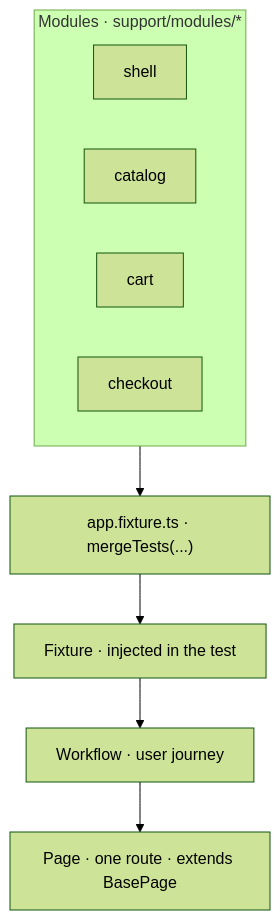
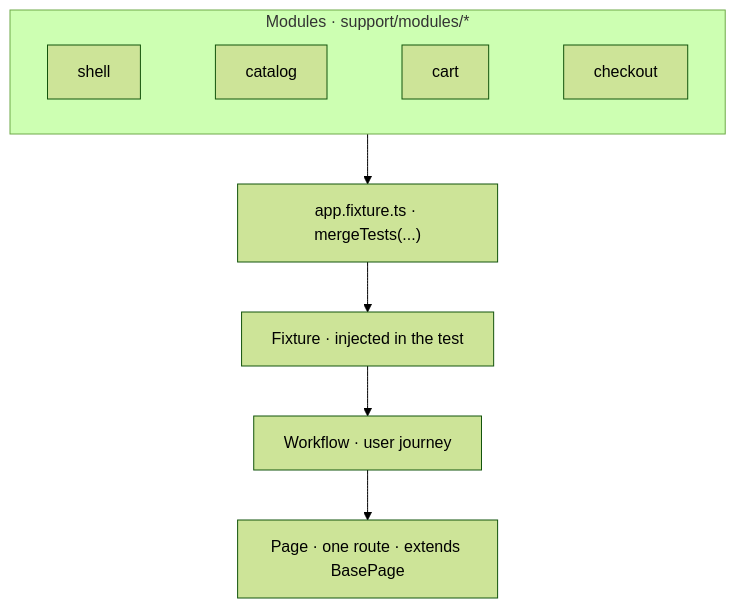
Before and after one commit to getulionm/pw-composition: the third of 5 diagrams in README.md, drawn with Mermaid (forest theme).

Commit message:
Lay out module boxes horizontally in layer hierarchy diagram.
Use invisible Mermaid links so shell, catalog, cart, and checkout render side by side in the README.

````diff
--- a/README.md
+++ b/README.md
@@ -118,17 +118,14 @@
 ```mermaid
 flowchart TB
   subgraph modules["Modules · support/modules/*"]
     direction LR
-    shellM[shell]
-    catalogM[catalog]
-    cartM[cart]
-    checkoutM[checkout]
+    shellM[shell] ~~~ catalogM[catalog] ~~~ cartM[cart] ~~~ checkoutM[checkout]
   end
 
   merge["app.fixture.ts · mergeTests(...)"]
   modules --> merge
 
   merge --> fixture["Fixture · injected in the test"]
   fixture --> workflow["Workflow · user journey"]
   workflow --> page["Page · one route · extends BasePage"]
 ```
````
